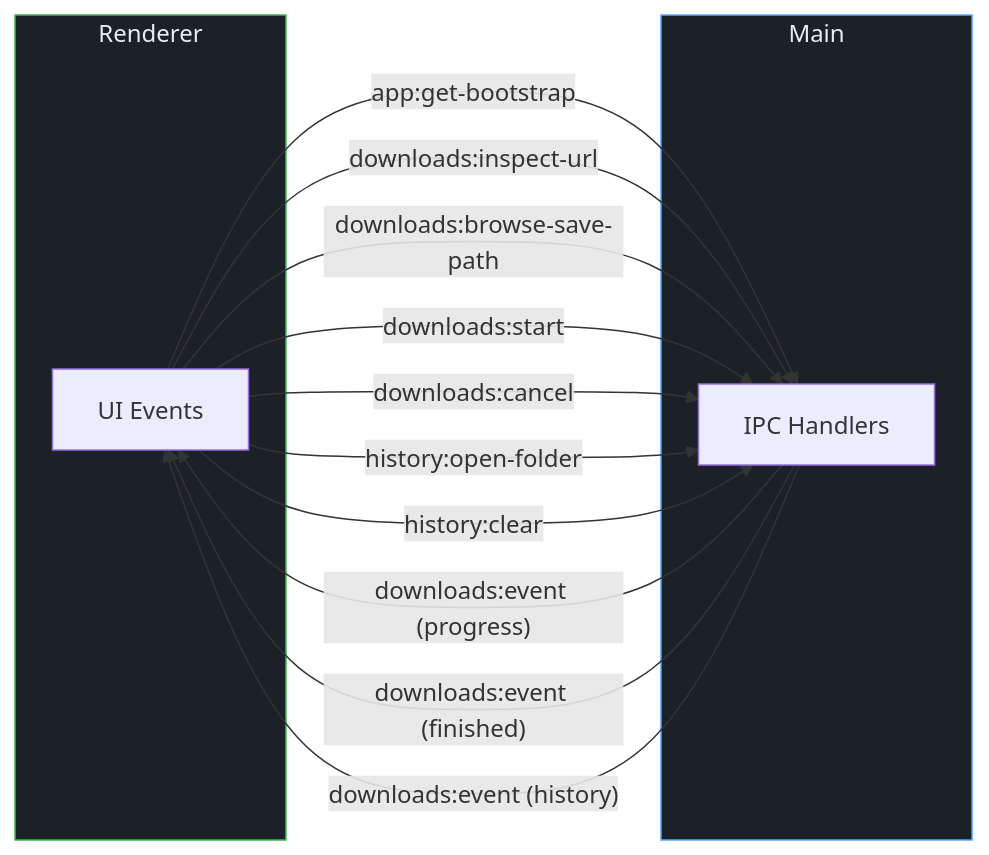
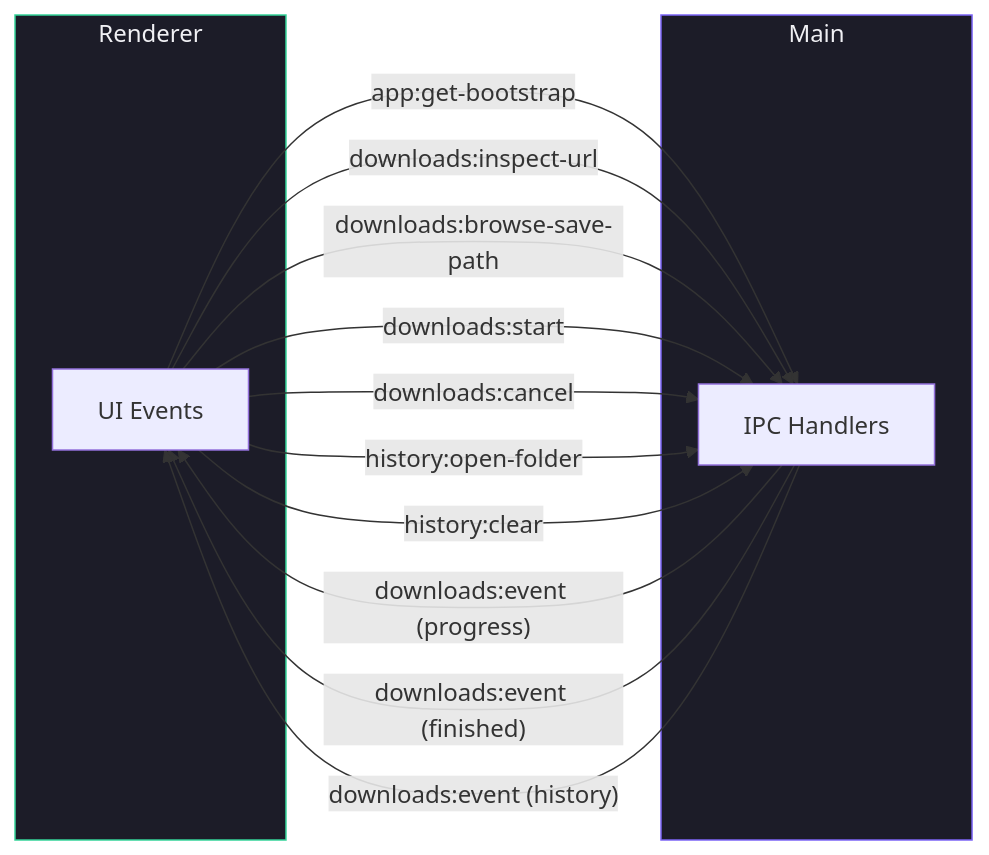
One commit to rishat5081/youtube-video-downloader changed the fourth of 4 diagrams in README.md. Above: the diagram before and after it, drawn with Mermaid. The commit also changed other lines of this file and 19 other files, not shown here.

````diff
--- a/README.md
+++ b/README.md
@@ -266,24 +298,24 @@
 ```mermaid
 graph LR
     subgraph Renderer
         A[UI Events]
     end
 
     subgraph Main
         B[IPC Handlers]
     end
 
     A -->|"app:get-bootstrap"| B
     A -->|"downloads:inspect-url"| B
     A -->|"downloads:browse-save-path"| B
     A -->|"downloads:start"| B
     A -->|"downloads:cancel"| B
     A -->|"history:open-folder"| B
     A -->|"history:clear"| B
     B -->|"downloads:event (progress)"| A
     B -->|"downloads:event (finished)"| A
     B -->|"downloads:event (history)"| A
 
-    style Renderer fill:#1c2128,stroke:#3fb950,color:#e6edf3
-    style Main fill:#1c2128,stroke:#58a6ff,color:#e6edf3
+    style Renderer fill:#1c1c28,stroke:#34d399,color:#f0f0f4
+    style Main fill:#1c1c28,stroke:#7c65f6,color:#f0f0f4
 ```
````
